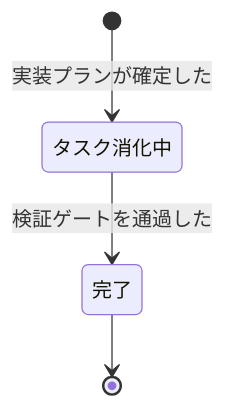
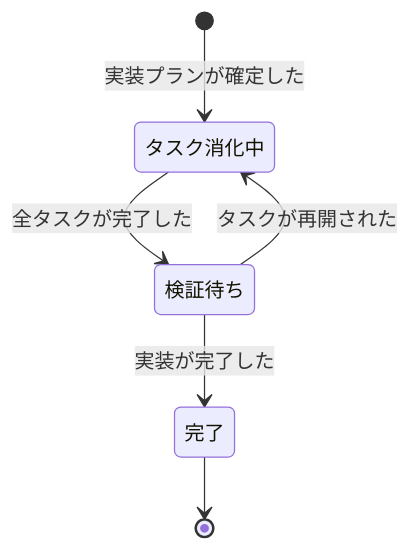
The third of 7 diagrams in docs/development/event-storming.md (kuchita-el/claude-shared-skills), drawn with Mermaid before and after one commit. The commit also changed other lines of this file, not shown here.

````diff
--- a/docs/development/event-storming.md
+++ b/docs/development/event-storming.md
@@ -167,6 +172,8 @@
 ```mermaid
 stateDiagram-v2
     [*] --> タスク消化中: 実装プランが確定した
-    タスク消化中 --> 完了: 検証ゲートを通過した
+    タスク消化中 --> 検証待ち: 全タスクが完了した
+    検証待ち --> 完了: 実装が完了した
+    検証待ち --> タスク消化中: タスクが再開された
     完了 --> [*]
 ```
````
